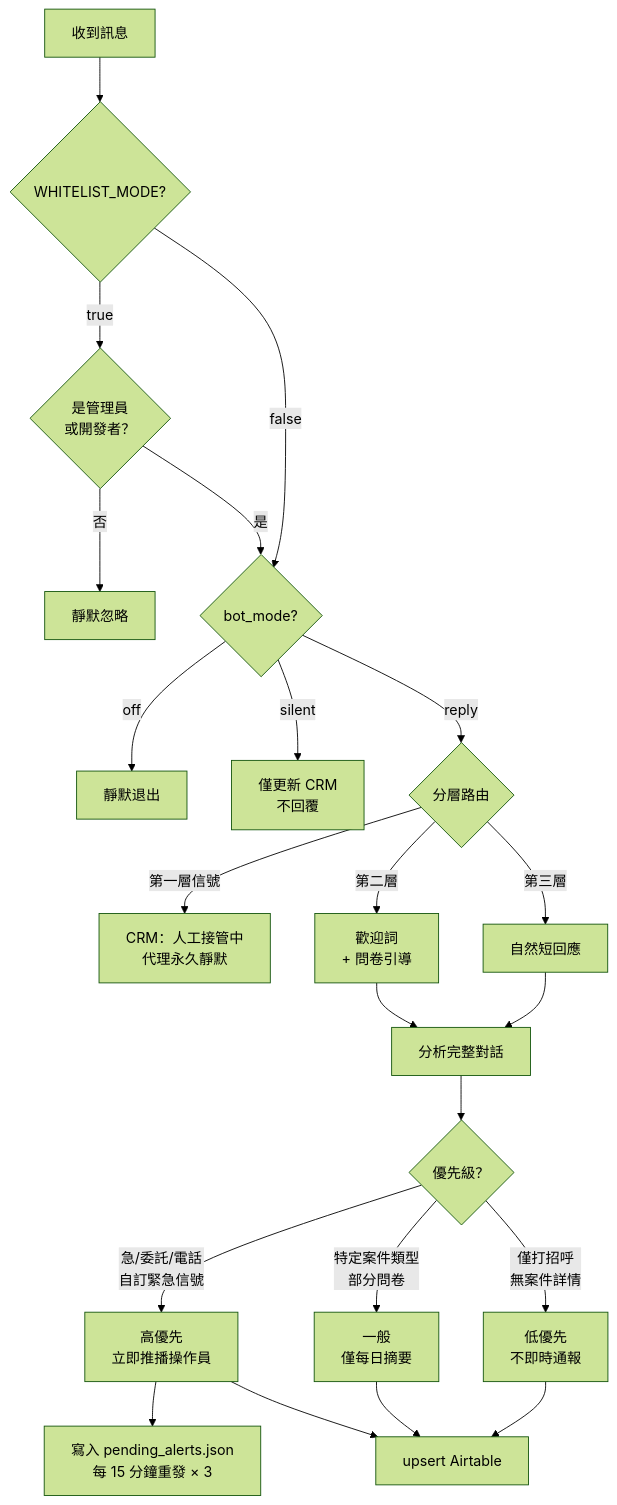
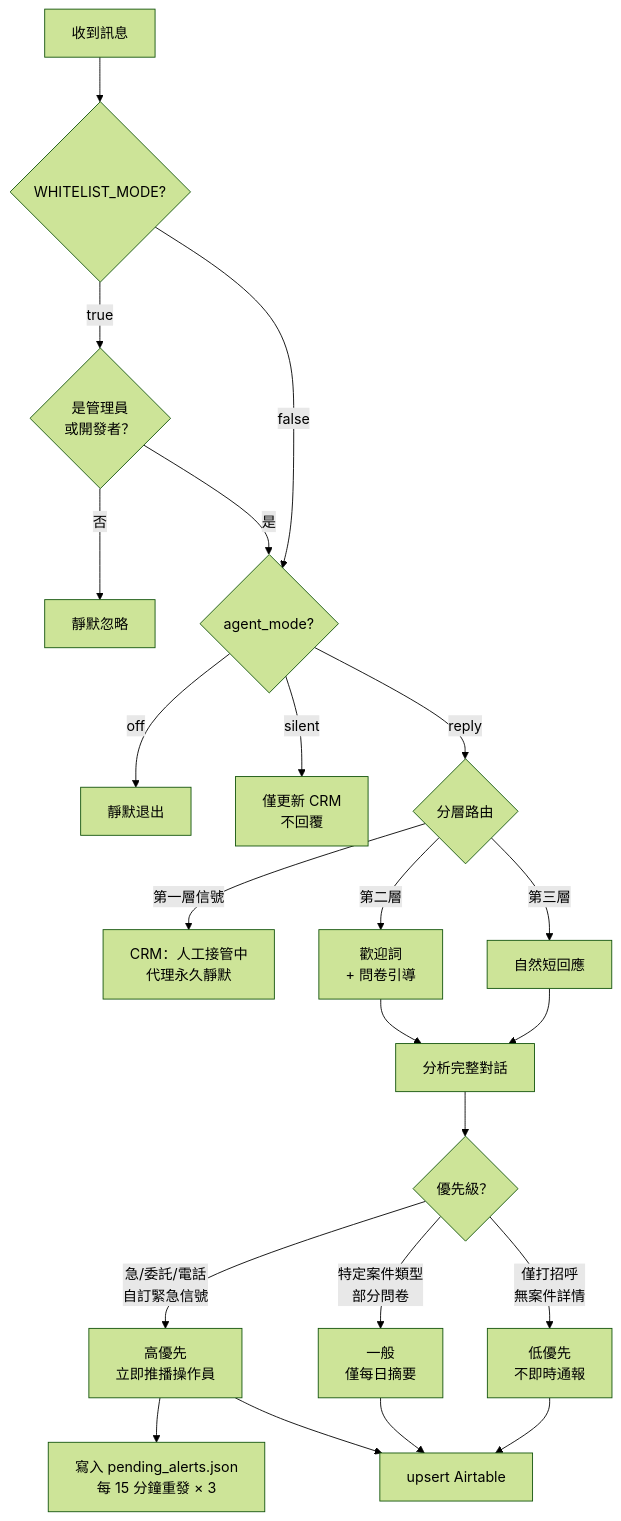
One commit to RealChrisL/scrivener-agent changed the fourth of 4 diagrams in README.zh-TW.md. Above: the diagram before and after it, drawn with Mermaid (forest theme). The commit also changed other lines of this file and 7 other files, not shown here.

First line of the commit message:
Rename bot → agent throughout — directory, code, and docs

````diff
--- a/README.zh-TW.md
+++ b/README.zh-TW.md
@@ -120,29 +120,29 @@
 ```mermaid
 flowchart TD
     MSG[收到訊息] --> WLCHECK{WHITELIST_MODE?}
     WLCHECK -->|true| WLTEST{是管理員\n或開發者？}
     WLTEST -->|否| IGNORE[靜默忽略]
     WLTEST -->|是| MODECHECK
-    WLCHECK -->|false| MODECHECK{bot_mode?}
+    WLCHECK -->|false| MODECHECK{agent_mode?}
 
     MODECHECK -->|off| EXIT[靜默退出]
     MODECHECK -->|silent| CRMONLY[僅更新 CRM\n不回覆]
     MODECHECK -->|reply| TIER{分層路由}
 
     TIER -->|第一層信號| T1[CRM：人工接管中\n代理永久靜默]
     TIER -->|第二層| T2[歡迎詞\n+ 問卷引導]
     TIER -->|第三層| T3[自然短回應]
 
     T2 --> ANALYSE[分析完整對話]
     T3 --> ANALYSE
     ANALYSE --> PRIO{優先級？}
 
     PRIO -->|急/委託/電話\n自訂緊急信號| HIGH[高優先\n立即推播操作員]
     PRIO -->|特定案件類型\n部分問卷| MED[一般\n僅每日摘要]
     PRIO -->|僅打招呼\n無案件詳情| LOW[低優先\n不即時通報]
 
     HIGH --> ALERT[寫入 pending_alerts.json\n每 15 分鐘重發 × 3]
     HIGH --> UPSERT[upsert Airtable]
     MED --> UPSERT
     LOW --> UPSERT
 ```
````
